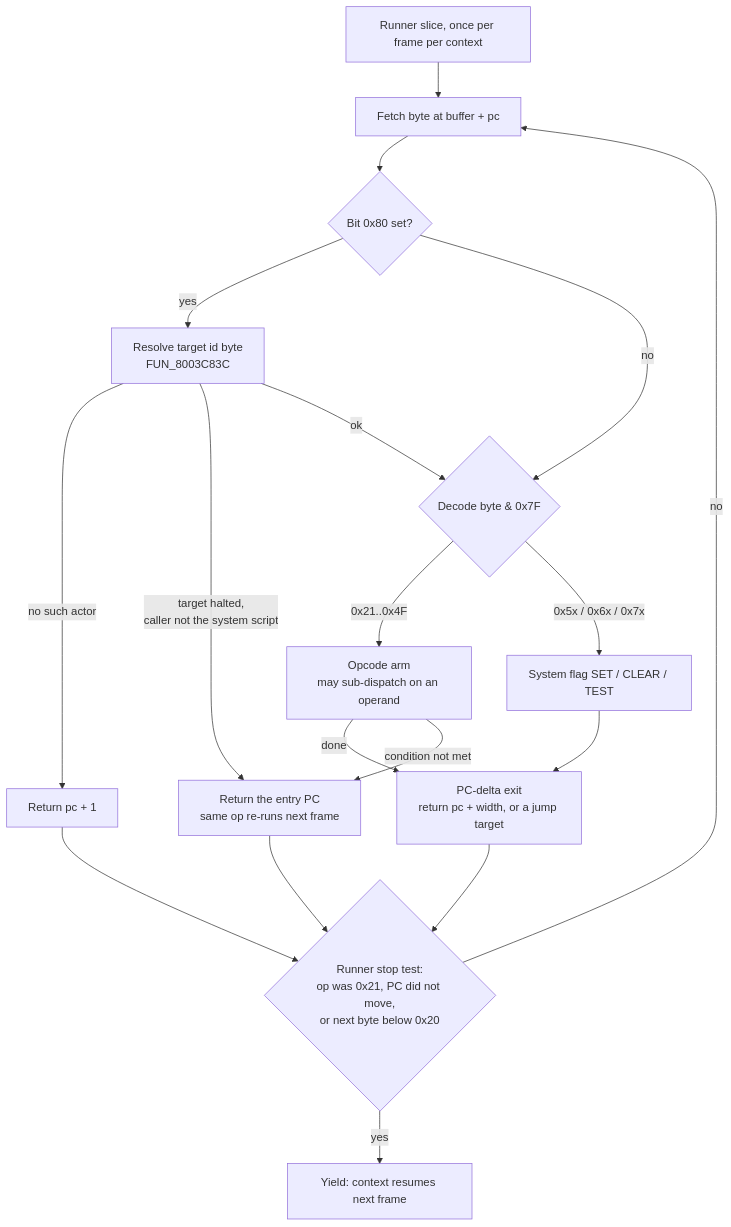
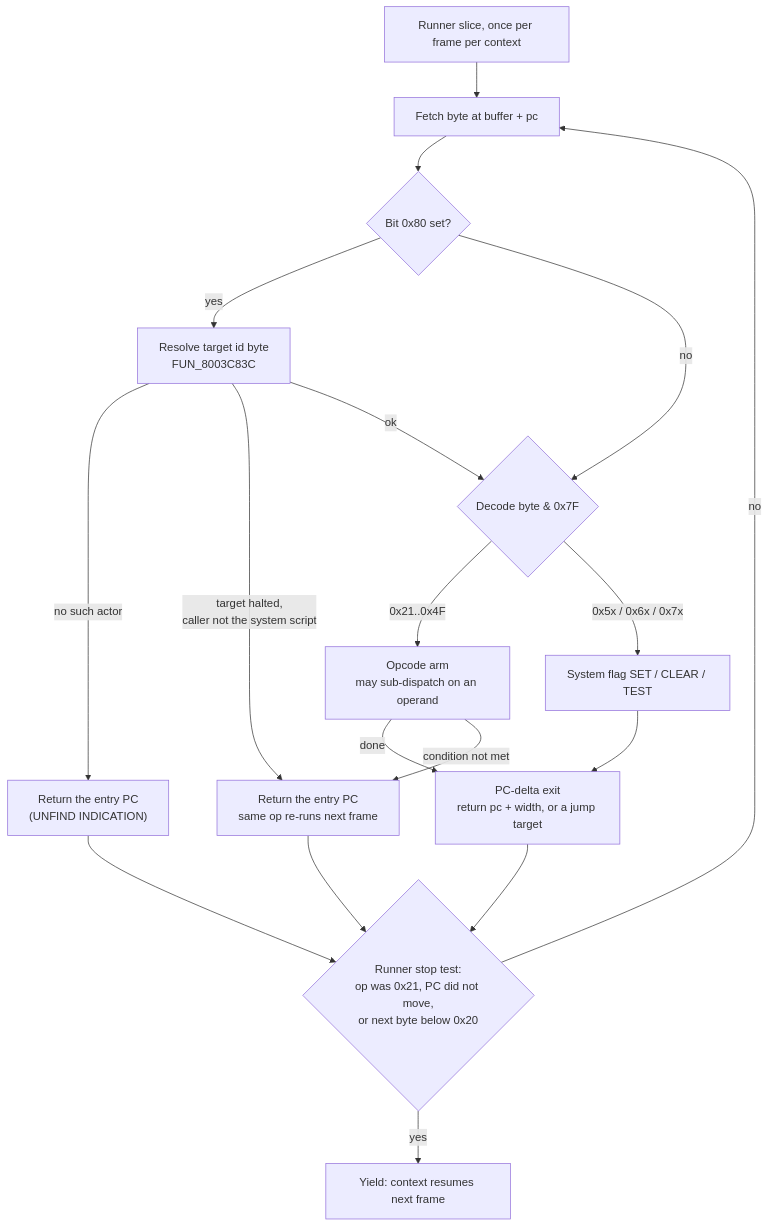
One commit to AndrewAltimit/legend-of-legaia-re changed the diagram in docs/subsystems/script-vm.md. Above: the diagram before and after it, drawn with Mermaid. The commit also changed other lines of this file and 179 other files, not shown here.

````diff
--- a/docs/subsystems/script-vm.md
+++ b/docs/subsystems/script-vm.md
@@ -23,20 +23,20 @@
 ```mermaid
 flowchart TD
     RUN["Runner slice, once per frame per context"] --> FETCH["Fetch byte at buffer + pc"]
     FETCH --> EXT{"Bit 0x80 set?"}
     EXT -- "yes" --> RES["Resolve target id byte<br/>FUN_8003C83C"]
-    RES -- "no such actor" --> SKIP["Return pc + 1"]
+    RES -- "no such actor" --> SKIP["Return the entry PC<br/>(UNFIND INDICATION)"]
     RES -- "target halted,<br/>caller not the system script" --> WAIT["Return the entry PC<br/>same op re-runs next frame"]
     RES -- "ok" --> DEC
     EXT -- "no" --> DEC{"Decode byte & 0x7F"}
     DEC -- "0x21..0x4F" --> ARM["Opcode arm<br/>may sub-dispatch on an operand"]
     DEC -- "0x5x / 0x6x / 0x7x" --> FLAG["System flag SET / CLEAR / TEST"]
     ARM -- "done" --> ADV["PC-delta exit<br/>return pc + width, or a jump target"]
     ARM -- "condition not met" --> WAIT
     FLAG --> ADV
     ADV --> STOP{"Runner stop test:<br/>op was 0x21, PC did not move,<br/>or next byte below 0x20"}
     WAIT --> STOP
     SKIP --> STOP
     STOP -- "no" --> FETCH
     STOP -- "yes" --> YIELD["Yield: context resumes next frame"]
 ```
````
